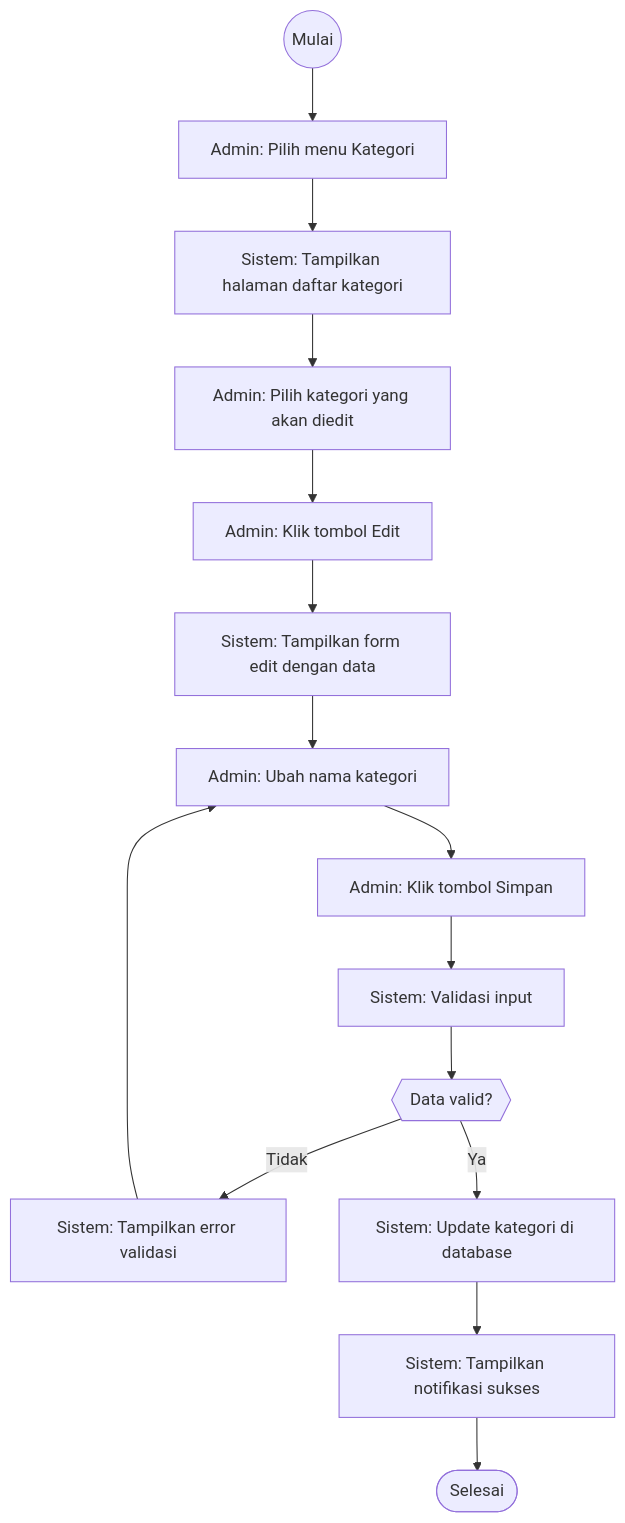
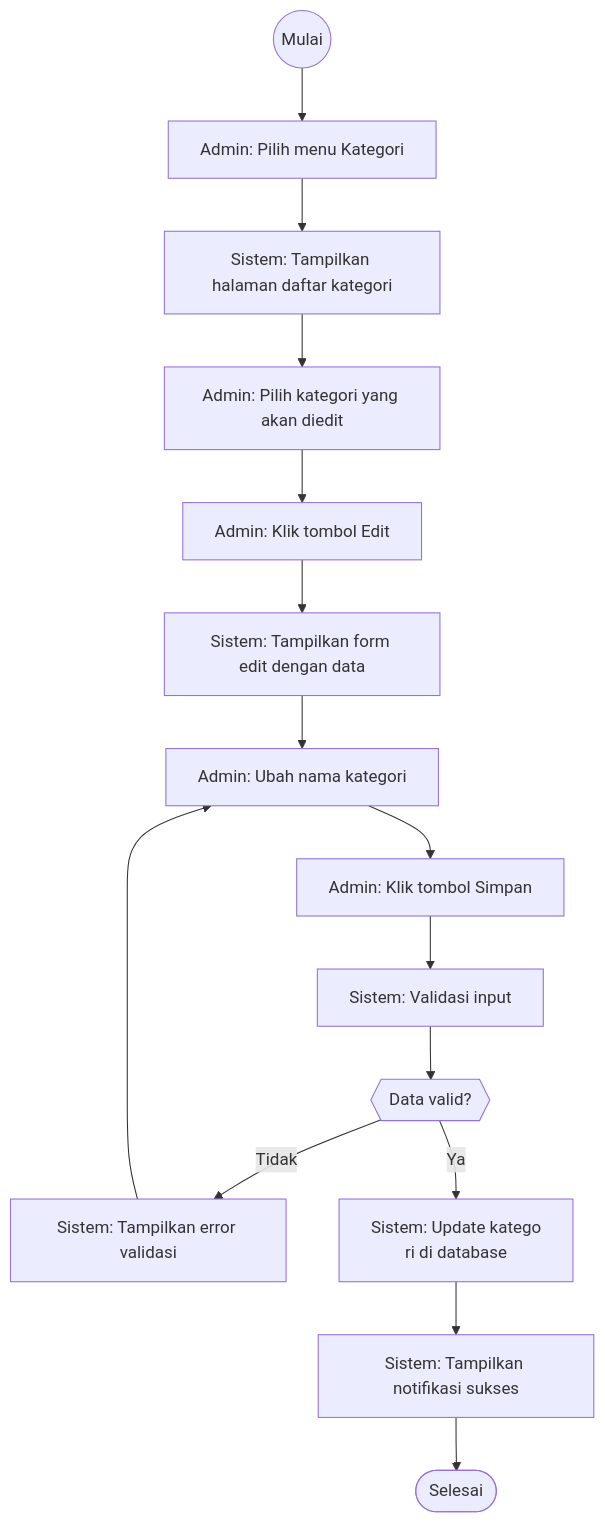
The sixth of 40 diagrams in docs/4.2-perancangan-sistem.md (devWebs01/POS-DW), drawn with Mermaid before and after one commit. The commit also changed other lines of this file, not shown here.

````diff
--- a/docs/4.2-perancangan-sistem.md
+++ b/docs/4.2-perancangan-sistem.md
@@ -977,27 +992,28 @@
 ```mermaid
 flowchart TD
   start((Mulai))
   A_A["Admin: Pilih menu Kategori"]
   start --> A_A
   S_A["Sistem: Tampilkan halaman daftar kategori"]
   A_A --> S_A
   A_B["Admin: Pilih kategori yang akan diedit"]
   S_A --> A_B
   A_C["Admin: Klik tombol Edit"]
   A_B --> A_C
   S_B["Sistem: Tampilkan form edit dengan data"]
   A_C --> S_B
   A_D["Admin: Ubah nama kategori"]
   S_B --> A_D
   A_E["Admin: Klik tombol Simpan"]
   A_D --> A_E
   S_C["Sistem: Validasi input"]
   A_E --> S_C
   D_A{{"Data valid?"}}
   S_C --> D_A
   D_A -->|Tidak| E_A["Sistem: Tampilkan error validasi"]
   E_A --> A_D
-  D_A -->|Ya| S_D["Sistem: Update kategori di database"]
+  D_A -->|Ya| S_D["Sistem: Update katego
+ri di database"]
   S_D --> S_E["Sistem: Tampilkan notifikasi sukses"]
   S_E --> end_success([Selesai])
 ```
````
